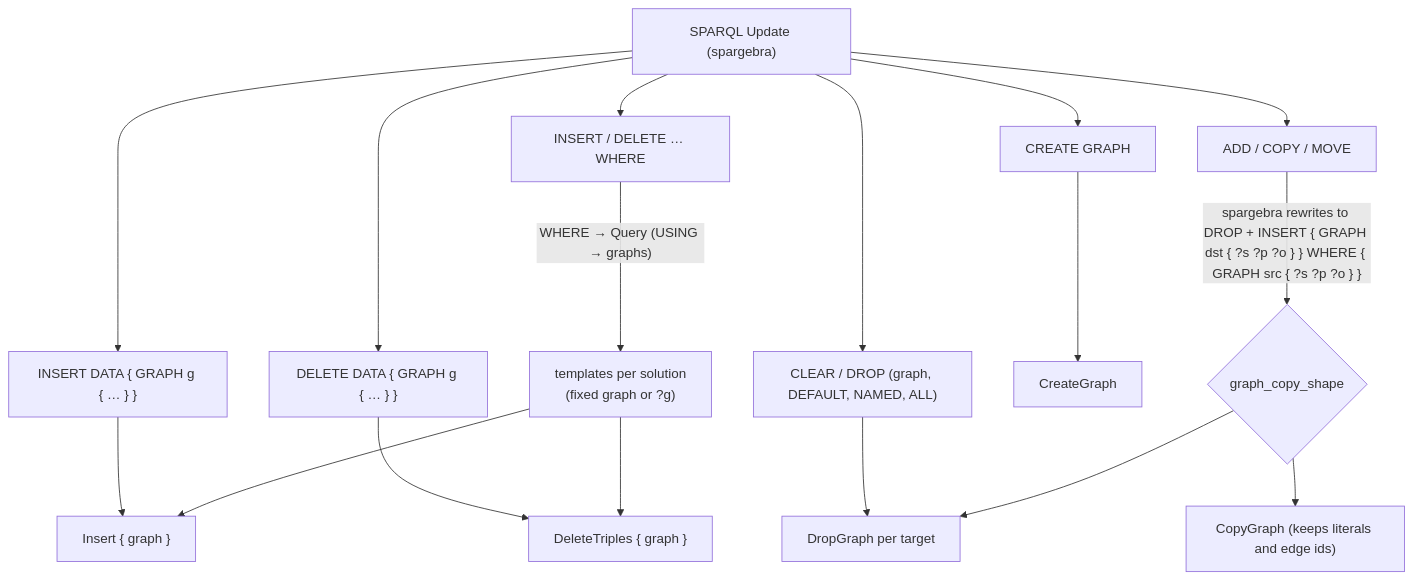
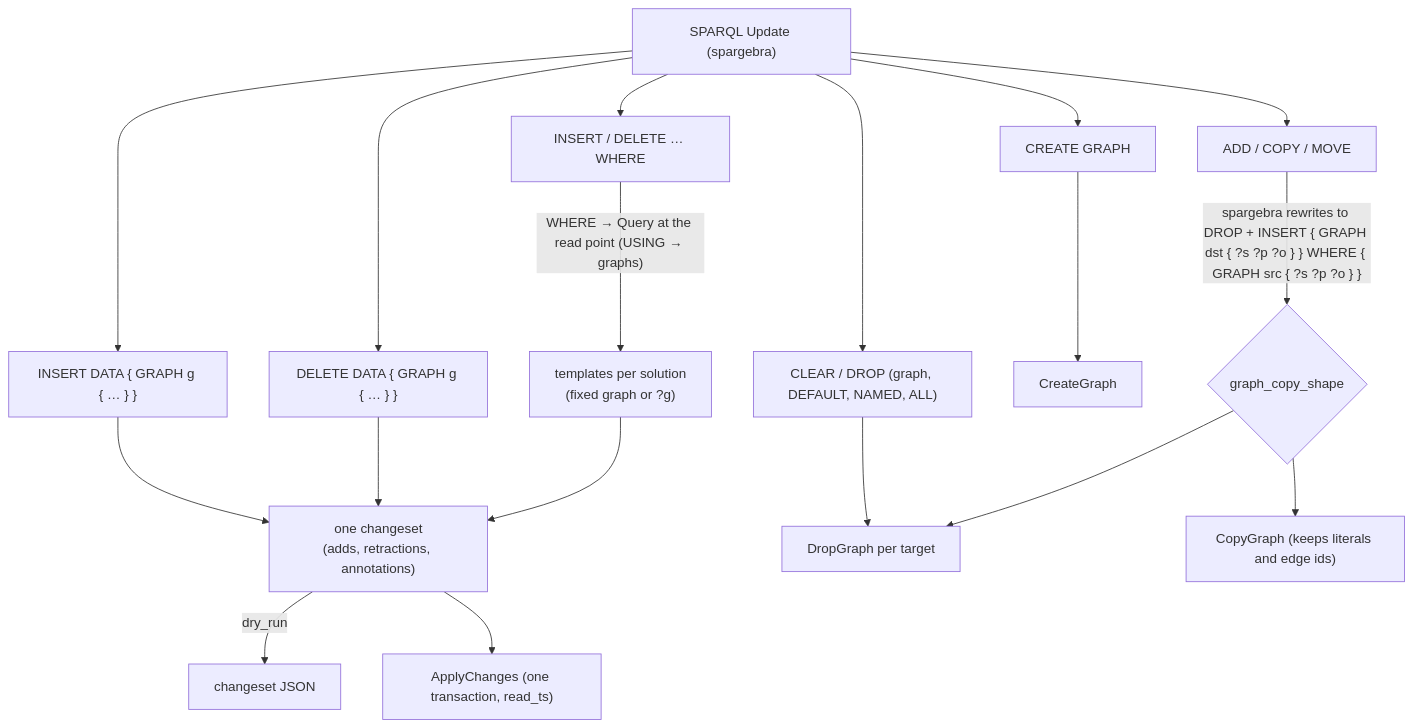
Before and after one commit to devcairn/polargraph: the tenth of 16 diagrams in docs/architecture.md, drawn with Mermaid. The commit also changed other lines of this file and 8 other files, not shown here.

Commit message:
docs: step 10 — release note, SPARQL Update / inference settings / vector graphs docs, tracker; design notes

````diff
--- a/docs/architecture.md
+++ b/docs/architecture.md
@@ -976,19 +983,20 @@
 ```mermaid
 flowchart TD
     U["SPARQL Update (spargebra)"] --> ID["INSERT DATA { GRAPH g { … } }"]
     U --> DD["DELETE DATA { GRAPH g { … } }"]
     U --> DI["INSERT / DELETE … WHERE"]
     U --> CD["CLEAR / DROP (graph, DEFAULT, NAMED, ALL)"]
     U --> CR["CREATE GRAPH"]
     U --> CM["ADD / COPY / MOVE"]
-    ID --> INS["Insert { graph }"]
-    DD --> DEL["DeleteTriples { graph }"]
-    DI -->|"WHERE → Query (USING → graphs)"| T["templates per solution<br/>(fixed graph or ?g)"]
-    T --> INS
-    T --> DEL
+    ID --> CS["one changeset<br/>(adds, retractions, annotations)"]
+    DD --> CS
+    DI -->|"WHERE → Query at the read point (USING → graphs)"| T["templates per solution<br/>(fixed graph or ?g)"]
+    T --> CS
+    CS -->|"dry_run"| JSON["changeset JSON"]
+    CS --> AC["ApplyChanges (one transaction, read_ts)"]
     CD --> DG["DropGraph per target"]
     CR --> CG["CreateGraph"]
     CM -->|"spargebra rewrites to DROP + INSERT { GRAPH dst { ?s ?p ?o } } WHERE { GRAPH src { ?s ?p ?o } }"| DETECT{"graph_copy_shape"}
     DETECT --> CP["CopyGraph (keeps literals and edge ids)"]
     DETECT --> DG
 ```
````
